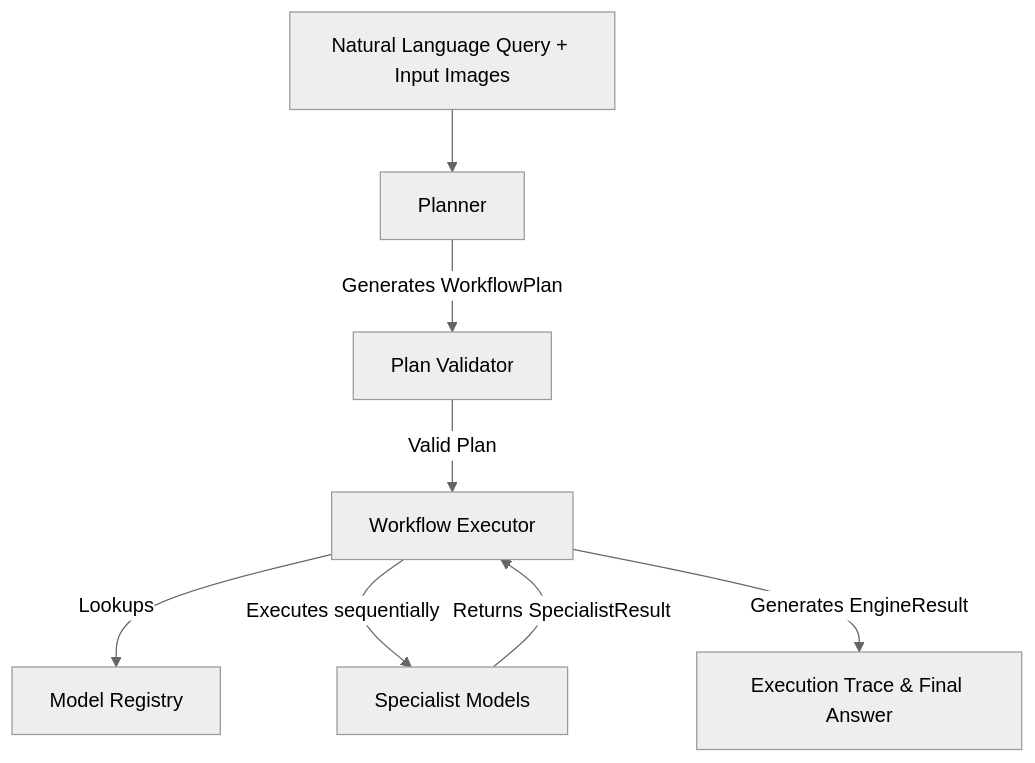
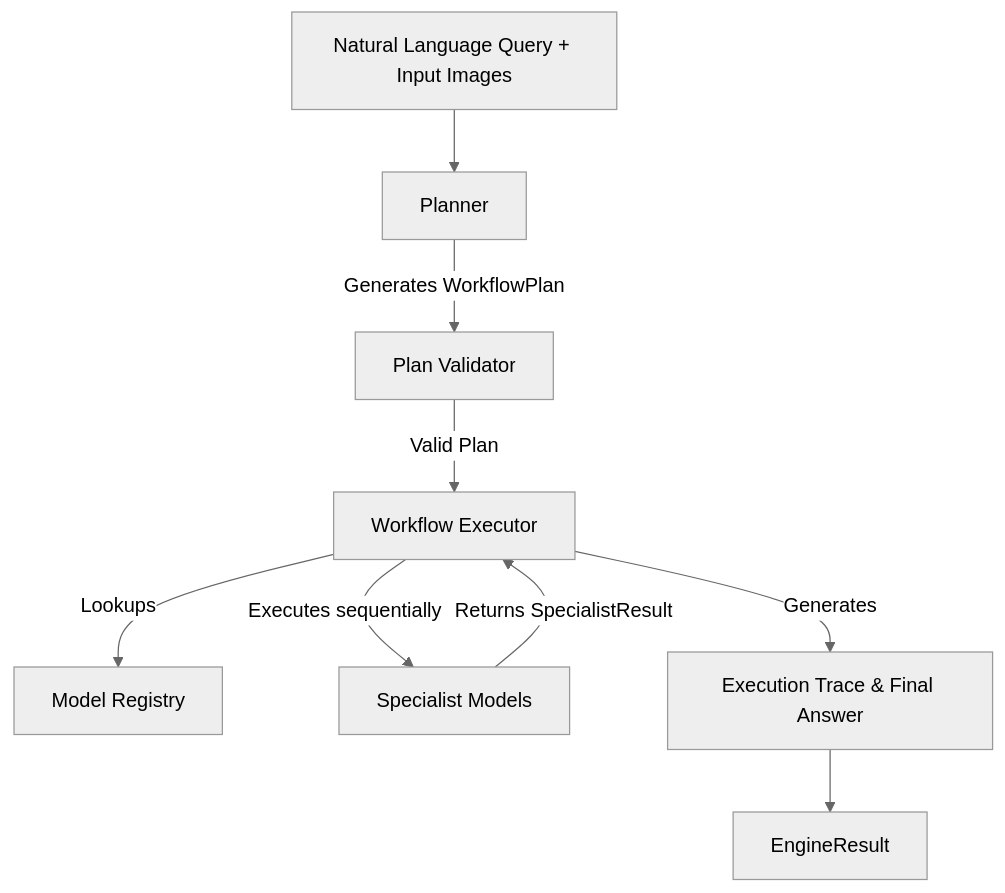
One commit to HEAVENLYBEING112/satquery-ai changed the first of 5 diagrams in docs/architecture.md. Above: the diagram before and after it, drawn with Mermaid (neutral theme). The commit also changed other lines of this file and 2 other files, not shown here.

Commit message:
docs: fix cross modal architecture workflow

````diff
--- a/docs/architecture.md
+++ b/docs/architecture.md
@@ -7,10 +7,11 @@
 ```mermaid
-graph TD
-    A[Natural Language Query + Input Images] --> B[Planner]
-    B -->|Generates WorkflowPlan| C[Plan Validator]
-    C -->|Valid Plan| D[Workflow Executor]
-    D -->|Lookups| E[Model Registry]
-    D -->|Executes sequentially| F[Specialist Models]
+flowchart TD
+    A["Natural Language Query + Input Images"] --> B["Planner"]
+    B -->|Generates WorkflowPlan| C["Plan Validator"]
+    C -->|Valid Plan| D["Workflow Executor"]
+    D -->|Lookups| E["Model Registry"]
+    D -->|Executes sequentially| F["Specialist Models"]
     F -->|Returns SpecialistResult| D
-    D -->|Generates EngineResult| G[Execution Trace & Final Answer]
+    D -->|Generates| G["Execution Trace & Final Answer"]
+    G --> H["EngineResult"]
 ```
````
